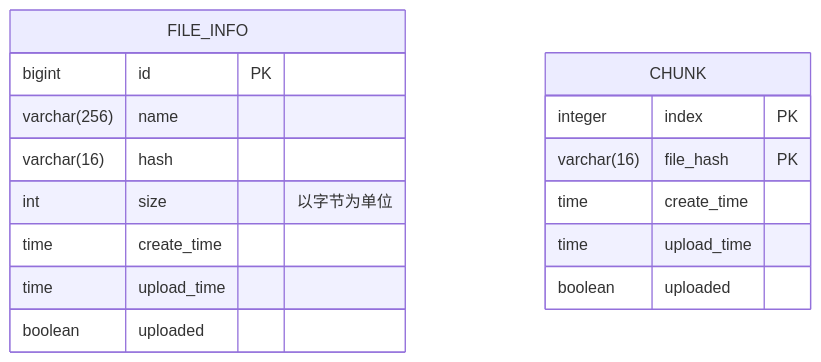
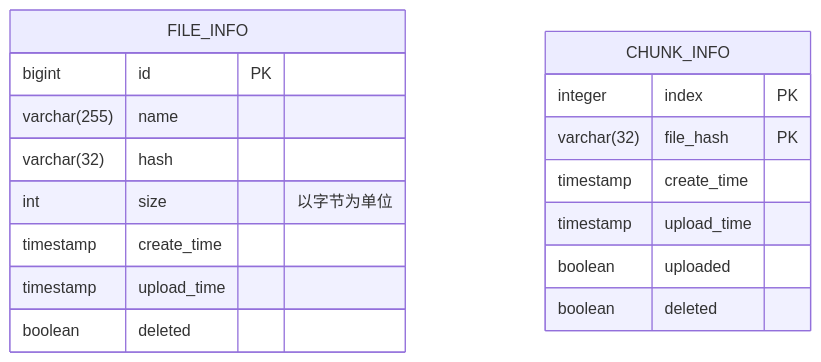
Before and after one commit to niuiic/file-service: the third of 11 diagrams in README.md, drawn with Mermaid. The commit also changed 1 other file, not shown here.

````diff
--- a/README.md
+++ b/README.md
@@ -90,20 +90,21 @@
 ```mermaid
 erDiagram
     FILE_INFO {
         bigint id PK
-        varchar(256) name
-        varchar(16) hash
+        varchar(255) name
+        varchar(32) hash
         int size "以字节为单位"
-        time create_time
-        time upload_time
-        boolean uploaded
+        timestamp create_time
+        timestamp upload_time
+        boolean deleted
     }
 
-    CHUNK {
+    CHUNK_INFO {
         integer index PK
-        varchar(16) file_hash PK
-        time create_time
-        time upload_time
+        varchar(32) file_hash PK
+        timestamp create_time
+        timestamp upload_time
         boolean uploaded
+        boolean deleted
     }
 ```
````
